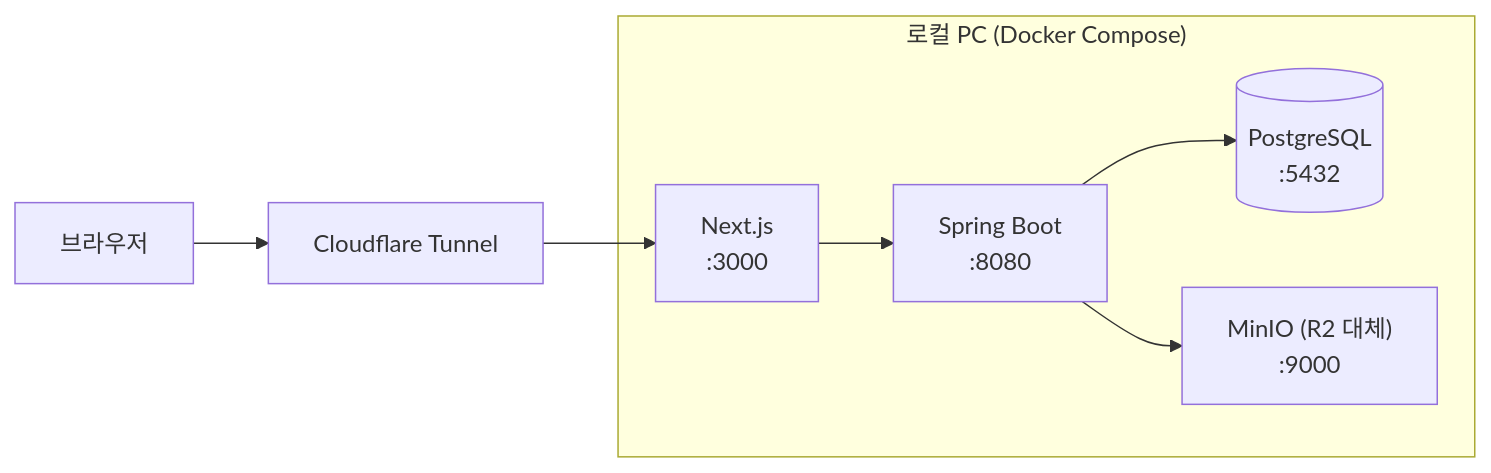
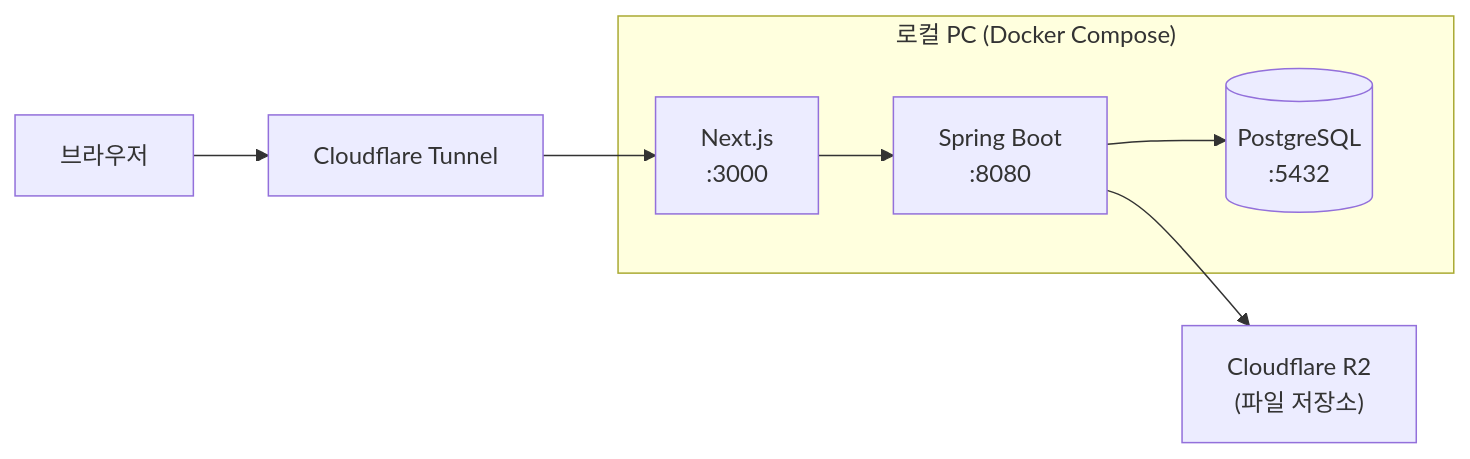
One commit to Bamdule/drafturl changed the first of 2 diagrams in docs/design/infrastructure/dev-environment.md. Above: the diagram before and after it, drawn with Mermaid. The commit also changed other lines of this file and 51 other files, not shown here.

````diff
--- a/docs/design/infrastructure/dev-environment.md
+++ b/docs/design/infrastructure/dev-environment.md
@@ -21,18 +21,18 @@
 ```mermaid
 flowchart LR
     subgraph Local["로컬 PC (Docker Compose)"]
         FE["Next.js\n:3000"]
         BE["Spring Boot\n:8080"]
         DB[(PostgreSQL\n:5432)]
-        R2S["MinIO (R2 대체)\n:9000"]
     end
 
+    R2["Cloudflare R2\n(파일 저장소)"]
     CF["Cloudflare Tunnel"]
     Browser["브라우저"]
 
     FE --> BE
     BE --> DB
-    BE --> R2S
+    BE --> R2
     Browser --> CF
     CF --> FE
 ```
````
